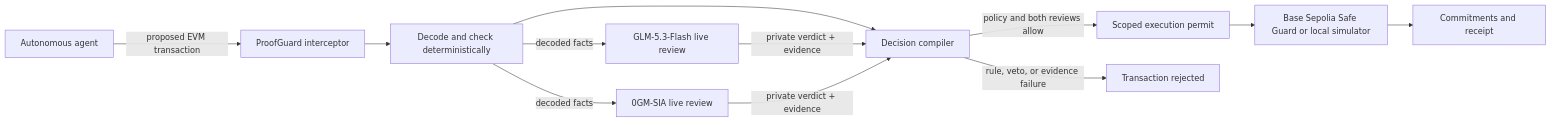
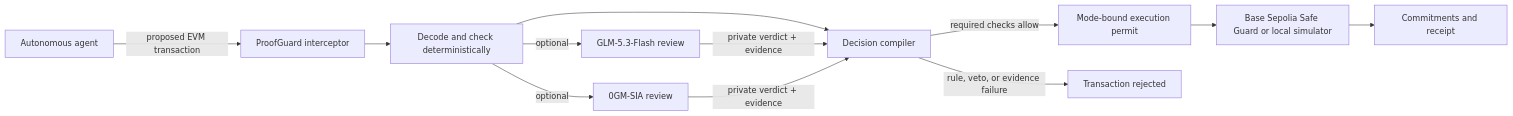
One commit to Fu99966/proofguard-0g changed the diagram in README.md. Above: the diagram before and after it, drawn with Mermaid. The commit also changed other lines of this file, not shown here.

Commit message:
Document local installation and Permit review modes

````diff
--- a/README.md
+++ b/README.md
@@ -50,14 +54,14 @@
 ```mermaid
 flowchart LR
     A["Autonomous agent"] -->|proposed EVM transaction| I["ProofGuard interceptor"]
     I --> D["Decode and check deterministically"]
-    D -->|decoded facts| Z1["GLM-5.3-Flash live review"]
-    D -->|decoded facts| Z2["0GM-SIA live review"]
+    D -->|optional| Z1["GLM-5.3-Flash review"]
+    D -->|optional| Z2["0GM-SIA review"]
     D --> C["Decision compiler"]
     Z1 -->|private verdict + evidence| C
     Z2 -->|private verdict + evidence| C
-    C -->|policy and both reviews allow| P["Scoped execution permit"]
+    C -->|required checks allow| P["Mode-bound execution permit"]
     C -->|rule, veto, or evidence failure| B["Transaction rejected"]
     P --> E["Base Sepolia Safe Guard or local simulator"]
     E --> R["Commitments and receipt"]
 ```
````
